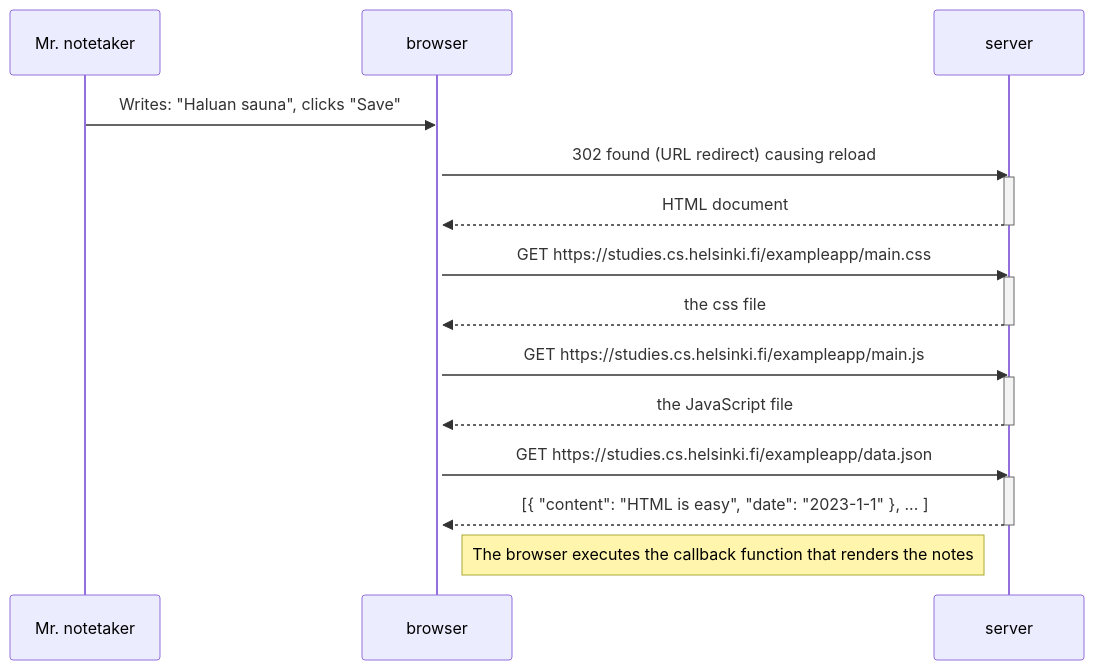
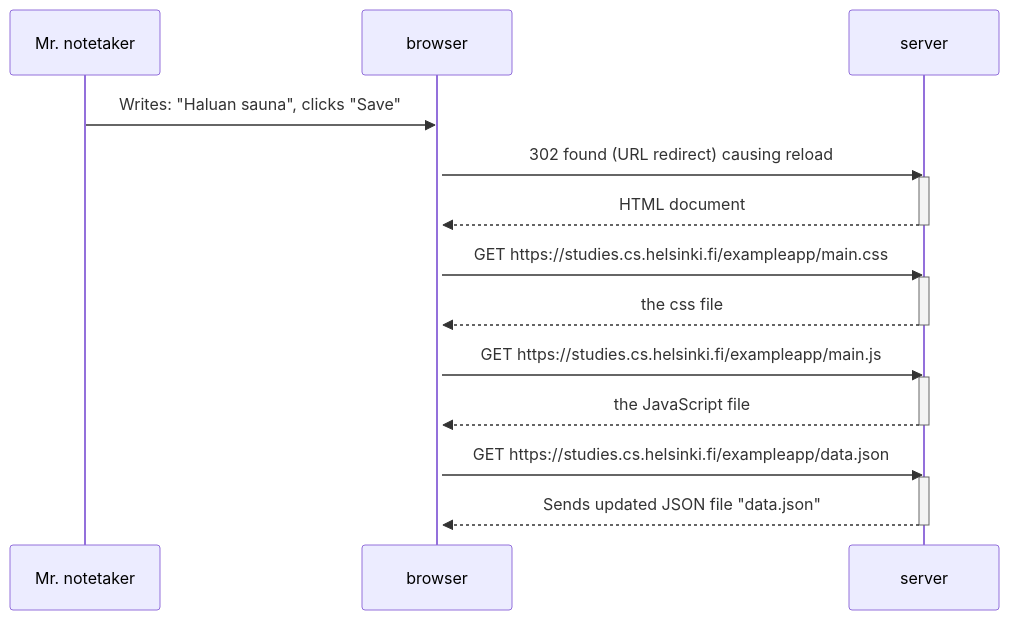
The diagram in part0/diagram.md (haavardmk/fullstackopen), drawn with Mermaid before and after one commit.

````diff
--- a/part0/diagram.md
+++ b/part0/diagram.md
@@ -1,31 +1,30 @@
 ```mermaid
 sequenceDiagram
     participant Mr. notetaker
     participant browser
     participant server
 
     Mr. notetaker->>browser: Writes: "Haluan sauna", clicks "Save"
     activate browser
     browser->>server: 302 found (URL redirect) causing reload
     activate server
     server-->>browser: HTML document
     deactivate server
 
     browser->>server: GET https://studies.cs.helsinki.fi/exampleapp/main.css
     activate server
     server-->>browser: the css file
     deactivate server
 
     browser->>server: GET https://studies.cs.helsinki.fi/exampleapp/main.js
     activate server
     server-->>browser: the JavaScript file
     deactivate server
 
 
     browser->>server: GET https://studies.cs.helsinki.fi/exampleapp/data.json
     activate server
-    server-->>browser: [{ "content": "HTML is easy", "date": "2023-1-1" }, ... ]
+    server-->>browser: Sends updated JSON file "data.json"
     deactivate server
 
-    Note right of browser: The browser executes the callback function that renders the notes
 ```
````
